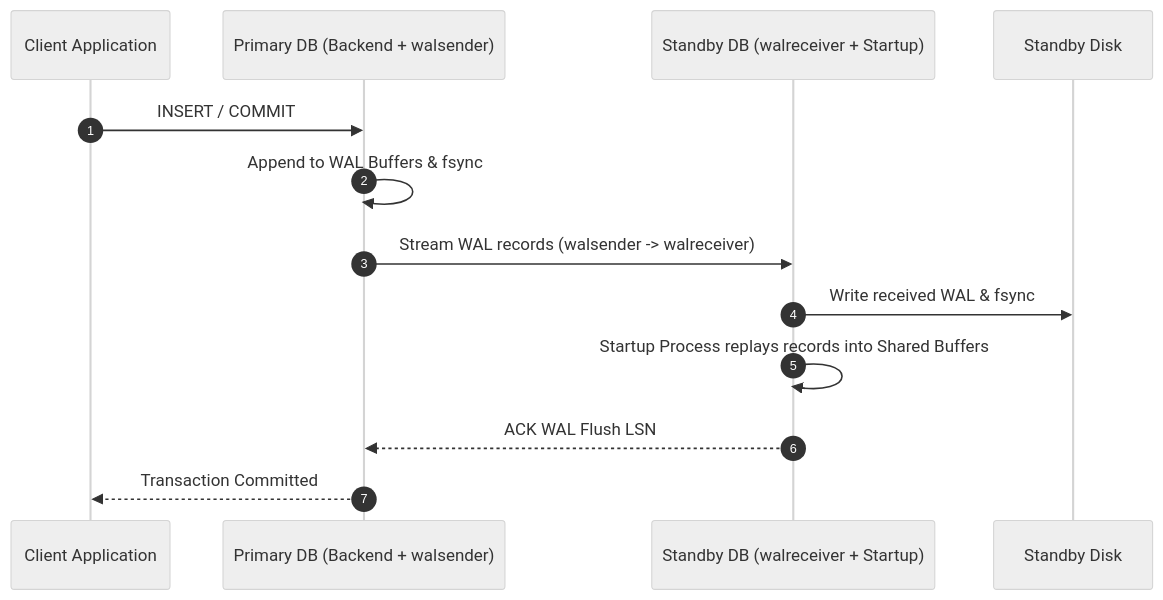
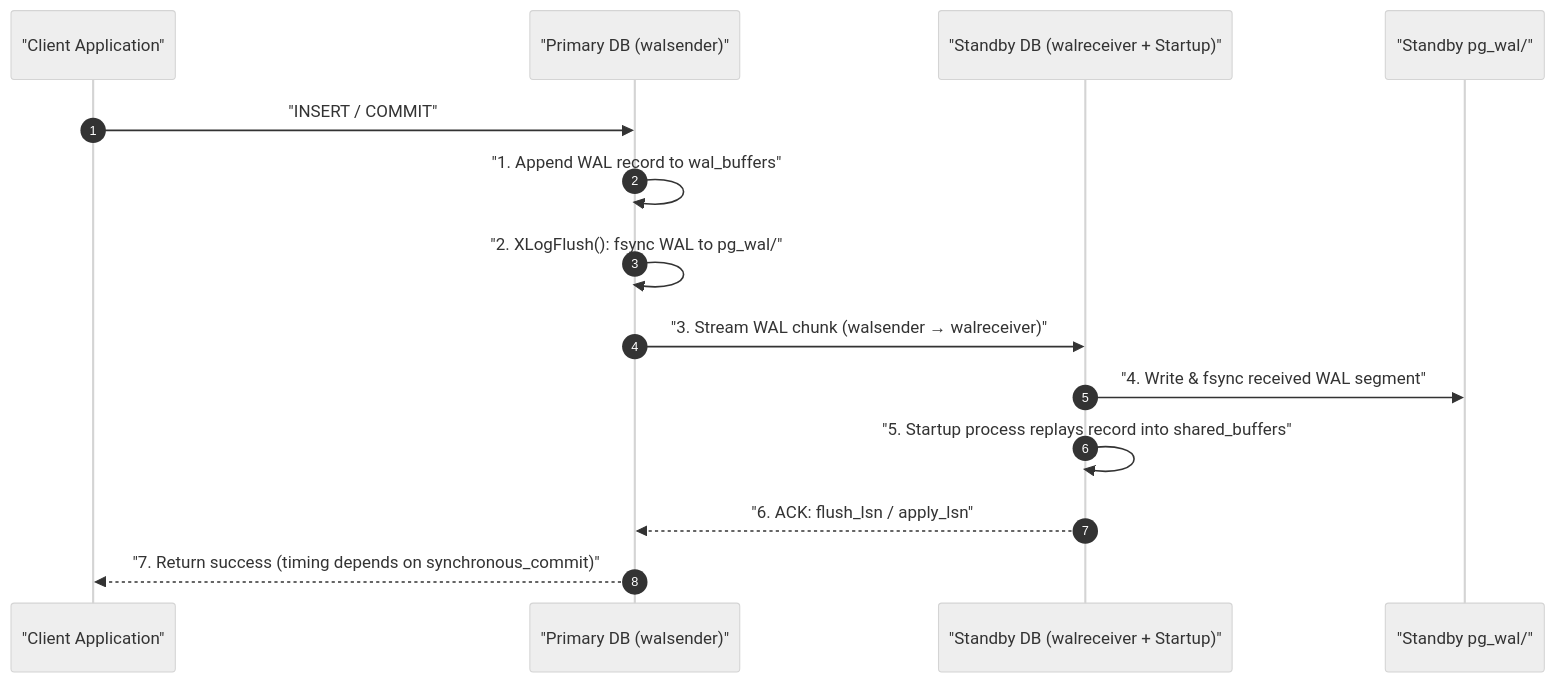
The first of 5 diagrams in topics/computing/data/postgresql/lesson_05_high_availability_and_replication.md (blebleblee/synapse), drawn with Mermaid (neutral theme) before and after one commit. The commit also changed other lines of this file and 6 other files, not shown here.

````diff
--- a/topics/computing/data/postgresql/lesson_05_high_availability_and_replication.md
+++ b/topics/computing/data/postgresql/lesson_05_high_availability_and_replication.md
@@ -7,16 +9,17 @@
 ```mermaid
 sequenceDiagram
     autonumber
-    participant App as Client Application
-    participant Primary as Primary DB (Backend + walsender)
-    participant Standby as Standby DB (walreceiver + Startup)
-    participant Disk as Standby Disk
+    participant App as "Client Application"
+    participant Primary as "Primary DB (walsender)"
+    participant Standby as "Standby DB (walreceiver + Startup)"
+    participant Disk as "Standby pg_wal/"
 
-    App->>Primary: INSERT / COMMIT
-    Primary->>Primary: Append to WAL Buffers & fsync
-    Primary->>Standby: Stream WAL records (walsender -> walreceiver)
-    Standby->>Disk: Write received WAL & fsync
-    Standby->>Standby: Startup Process replays records into Shared Buffers
-    Standby-->>Primary: ACK WAL Flush LSN
-    Primary-->>App: Transaction Committed
+    App->>Primary: "INSERT / COMMIT"
+    Primary->>Primary: "1. Append WAL record to wal_buffers"
+    Primary->>Primary: "2. XLogFlush(): fsync WAL to pg_wal/"
+    Primary->>Standby: "3. Stream WAL chunk (walsender → walreceiver)"
+    Standby->>Disk: "4. Write & fsync received WAL segment"
+    Standby->>Standby: "5. Startup process replays record into shared_buffers"
+    Standby-->>Primary: "6. ACK: flush_lsn / apply_lsn"
+    Primary-->>App: "7. Return success (timing depends on synchronous_commit)"
 ```
````
